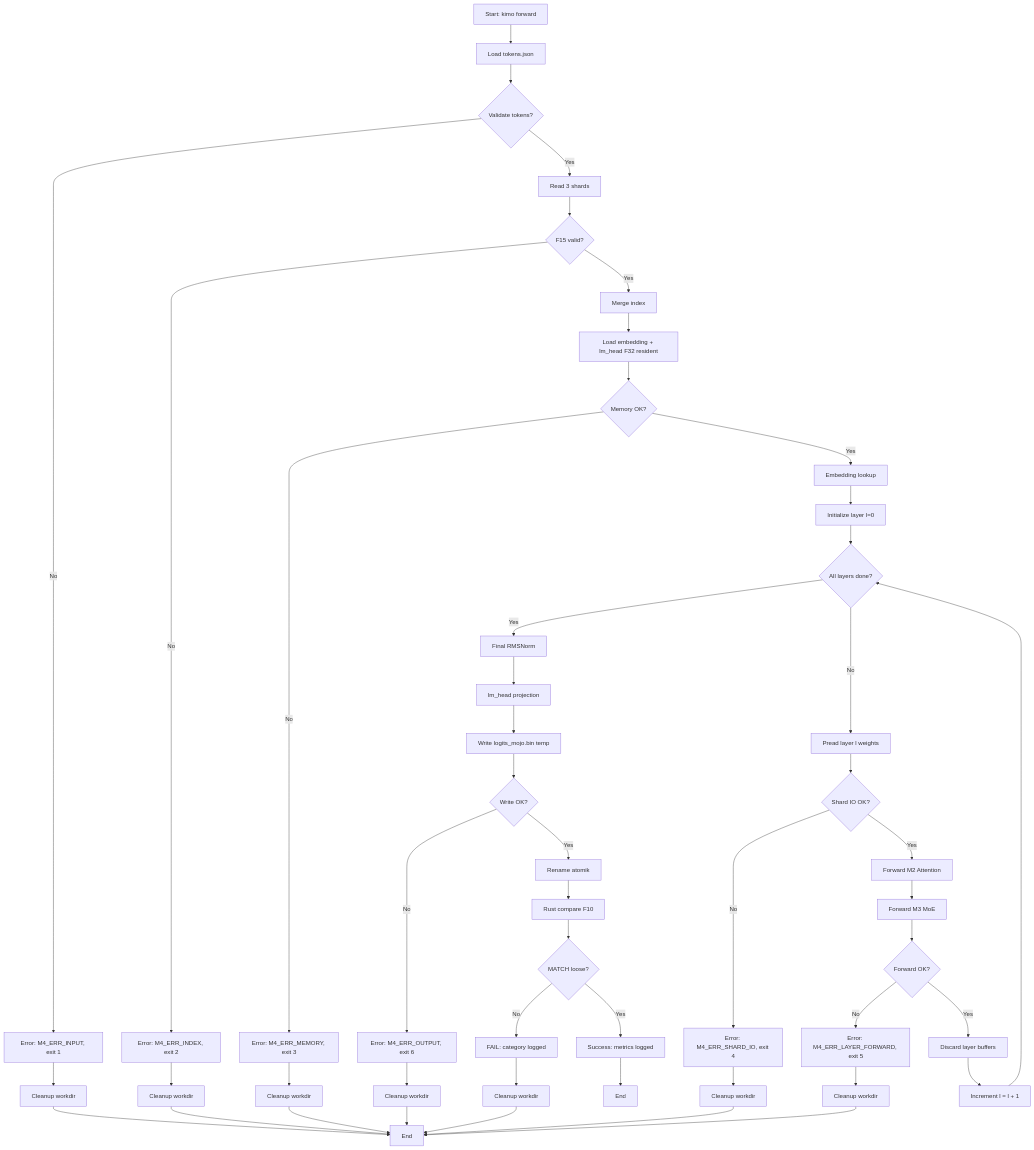
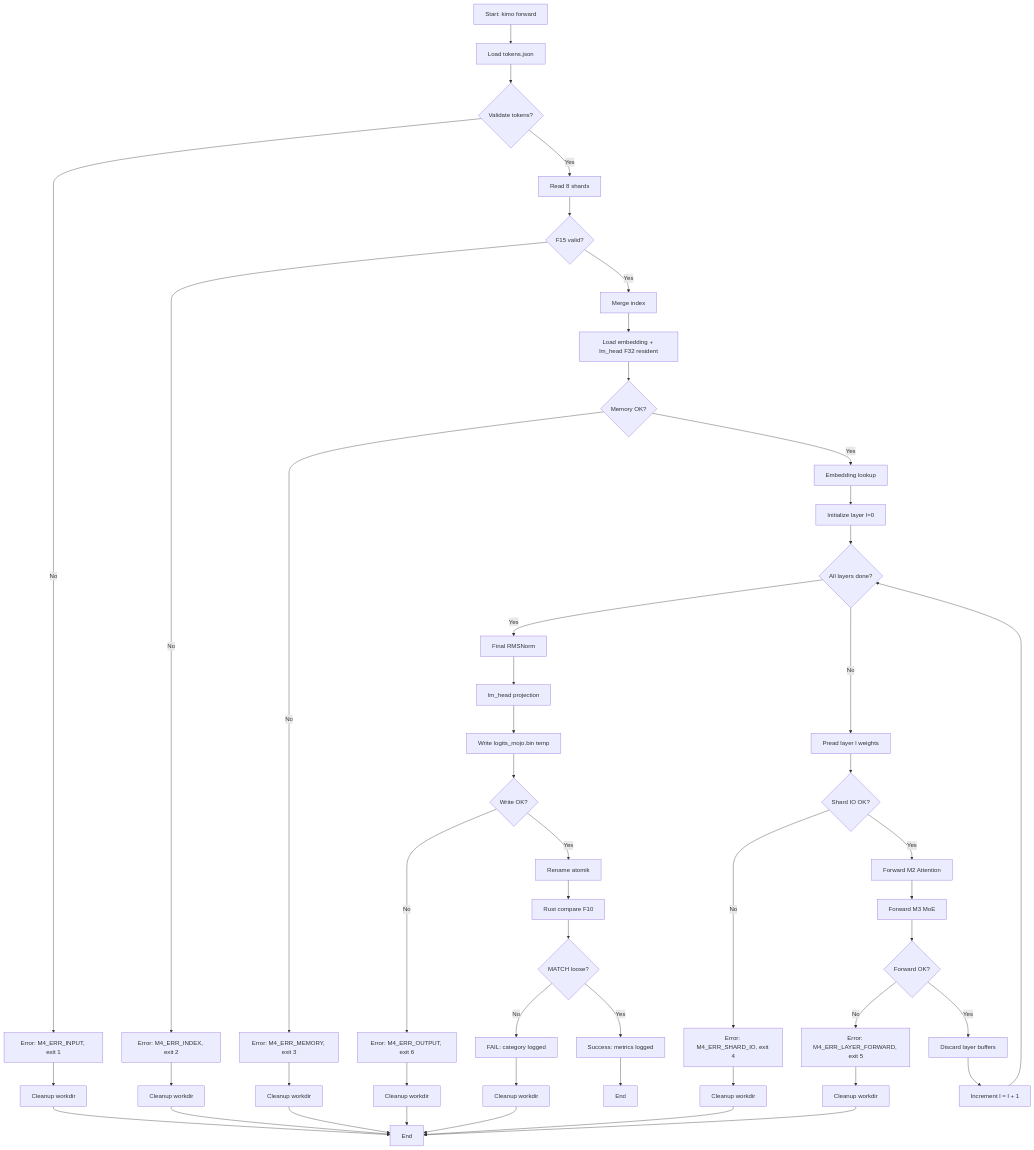
One commit to will2469/disk-streaming-moe-engine changed the diagram in docs/milestones/M4-full-forward.md. Above: the diagram before and after it, drawn with Mermaid. The commit also changed other lines of this file and 15 other files, not shown here.

Commit message:
docs: update architecture and milestone documentation to reflect 8-shard model partitioning and precise tensor offsets

````diff
--- a/docs/milestones/M4-full-forward.md
+++ b/docs/milestones/M4-full-forward.md
@@ -327,54 +327,54 @@
 ```mermaid
 flowchart TD
     A[Start: kimo forward] --> B[Load tokens.json]
     B --> C{Validate tokens?}
     C -->|No| ERR1[Error: M4_ERR_INPUT, exit 1]
-    C -->|Yes| D[Read 3 shards]
+    C -->|Yes| D[Read 8 shards]
     D --> E{F15 valid?}
     E -->|No| ERR2[Error: M4_ERR_INDEX, exit 2]
     E -->|Yes| F[Merge index]
     F --> G[Load embedding + lm_head F32 resident]
     G --> H{Memory OK?}
     H -->|No| ERR3[Error: M4_ERR_MEMORY, exit 3]
     H -->|Yes| I[Embedding lookup]
     I --> L[Initialize layer l=0]
 
     L --> M{All layers done?}
     M -->|Yes| W[Final RMSNorm]
     M -->|No| N[Pread layer l weights]
     N --> O{Shard IO OK?}
     O -->|No| ERR4[Error: M4_ERR_SHARD_IO, exit 4]
     O -->|Yes| P[Forward M2 Attention]
     P --> Q[Forward M3 MoE]
     Q --> R{Forward OK?}
     R -->|No| ERR5[Error: M4_ERR_LAYER_FORWARD, exit 5]
     R -->|Yes| S[Discard layer buffers]
     S --> T[Increment l = l + 1]
     T --> M
 
     W --> X[lm_head projection]
     X --> Y[Write logits_mojo.bin temp]
     Y --> Z{Write OK?}
     Z -->|No| ERR6[Error: M4_ERR_OUTPUT, exit 6]
     Z -->|Yes| AA[Rename atomik]
     AA --> AB[Rust compare F10]
     AB --> AC{MATCH loose?}
     AC -->|No| FAIL[FAIL: category logged]
     AC -->|Yes| AD[Success: metrics logged]
     AD --> AE[End]
 
     ERR1 --> END1[Cleanup workdir]
     ERR2 --> END2[Cleanup workdir]
     ERR3 --> END3[Cleanup workdir]
     ERR4 --> END4[Cleanup workdir]
     ERR5 --> END5[Cleanup workdir]
     ERR6 --> END6[Cleanup workdir]
     FAIL --> ENDFAIL[Cleanup workdir]
     END1 --> ZE[End]
     END2 --> ZE
     END3 --> ZE
     END4 --> ZE
     END5 --> ZE
     END6 --> ZE
     ENDFAIL --> ZE
 ```
````
